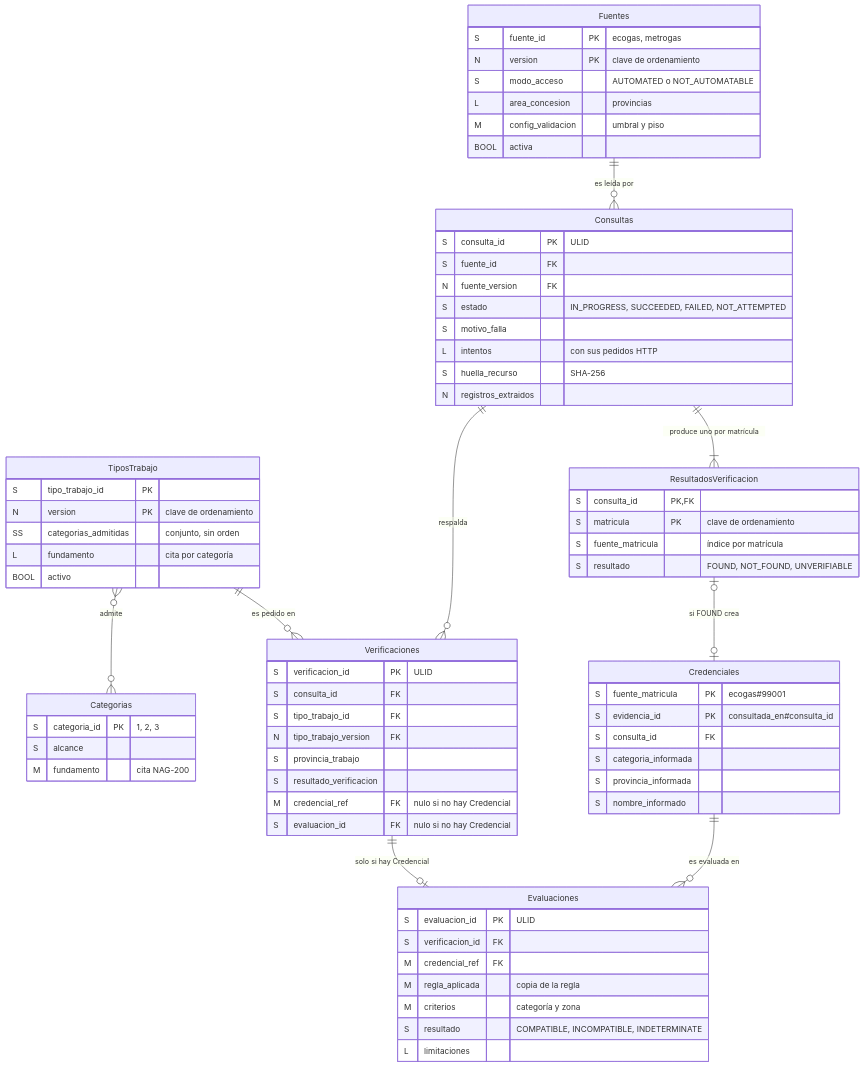
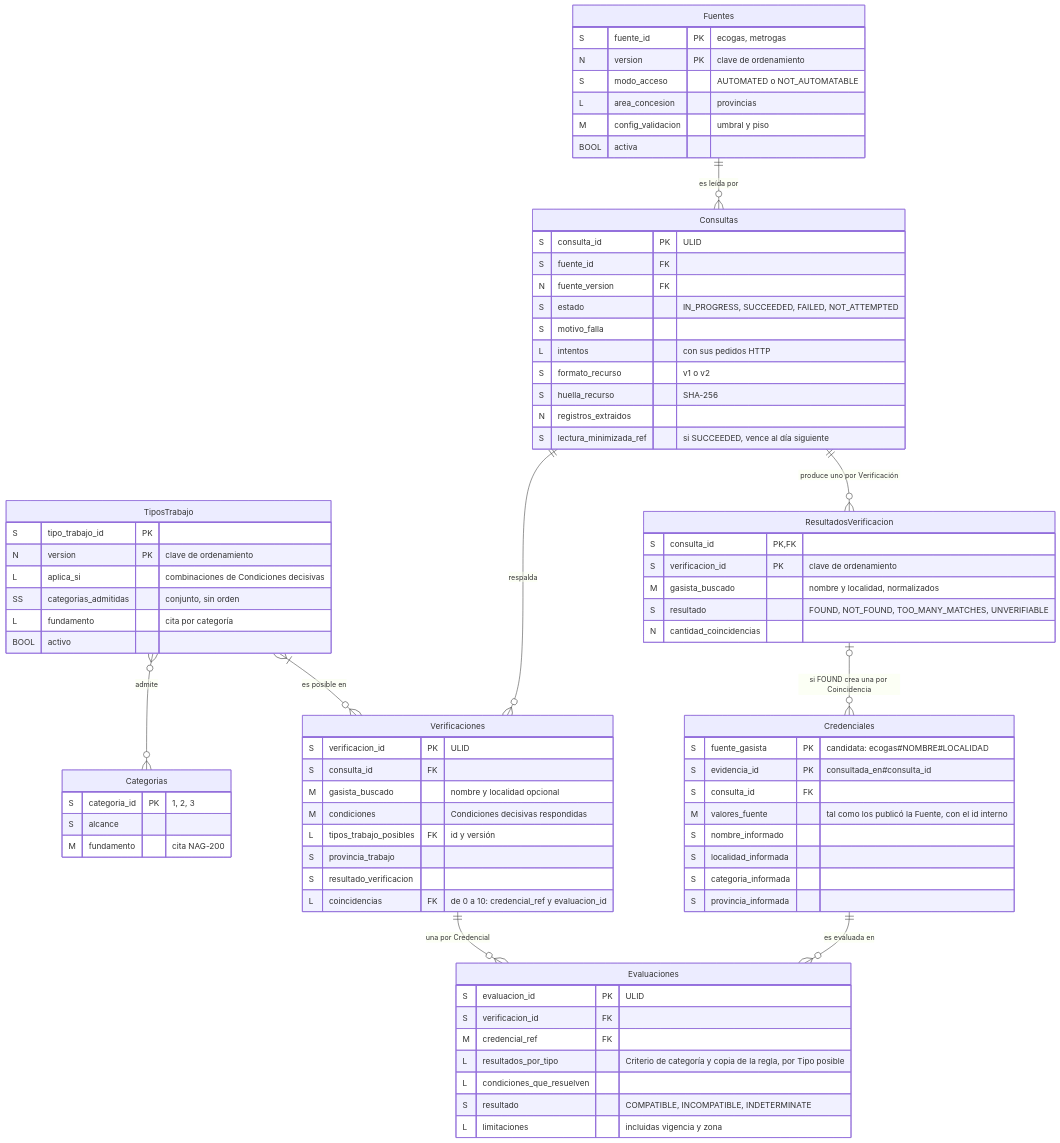
The first of 2 diagrams in database/README.md (IvanDaniliuk01/MatriculAR), drawn with Mermaid before and after one commit. The commit also changed other lines of this file and 62 other files, not shown here.

````diff
--- a/database/README.md
+++ b/database/README.md
@@ -71,75 +73,81 @@
 ```mermaid
 erDiagram
     Fuentes {
         S fuente_id PK "ecogas, metrogas"
         N version PK "clave de ordenamiento"
         S modo_acceso "AUTOMATED o NOT_AUTOMATABLE"
         L area_concesion "provincias"
         M config_validacion "umbral y piso"
         BOOL activa
     }
     Categorias {
         S categoria_id PK "1, 2, 3"
         S alcance
         M fundamento "cita NAG-200"
     }
     TiposTrabajo {
         S tipo_trabajo_id PK
         N version PK "clave de ordenamiento"
+        L aplica_si "combinaciones de Condiciones decisivas"
         SS categorias_admitidas "conjunto, sin orden"
         L fundamento "cita por categoría"
         BOOL activo
     }
     Consultas {
         S consulta_id PK "ULID"
         S fuente_id FK
         N fuente_version FK
         S estado "IN_PROGRESS, SUCCEEDED, FAILED, NOT_ATTEMPTED"
         S motivo_falla
         L intentos "con sus pedidos HTTP"
+        S formato_recurso "v1 o v2"
         S huella_recurso "SHA-256"
         N registros_extraidos
+        S lectura_minimizada_ref "si SUCCEEDED, vence al día siguiente"
     }
     ResultadosVerificacion {
         S consulta_id PK, FK
-        S matricula PK "clave de ordenamiento"
-        S fuente_matricula "índice por matrícula"
-        S resultado "FOUND, NOT_FOUND, UNVERIFIABLE"
+        S verificacion_id PK "clave de ordenamiento"
+        M gasista_buscado "nombre y localidad, normalizados"
+        S resultado "FOUND, NOT_FOUND, TOO_MANY_MATCHES, UNVERIFIABLE"
+        N cantidad_coincidencias
     }
     Credenciales {
-        S fuente_matricula PK "ecogas#99001"
+        S fuente_gasista PK "candidata: ecogas#NOMBRE#LOCALIDAD"
         S evidencia_id PK "consultada_en#consulta_id"
         S consulta_id FK
+        M valores_fuente "tal como los publicó la Fuente, con el id interno"
+        S nombre_informado
+        S localidad_informada
         S categoria_informada
         S provincia_informada
-        S nombre_informado
     }
     Verificaciones {
         S verificacion_id PK "ULID"
         S consulta_id FK
-        S tipo_trabajo_id FK
-        N tipo_trabajo_version FK
+        M gasista_buscado "nombre y localidad opcional"
+        M condiciones "Condiciones decisivas respondidas"
+        L tipos_trabajo_posibles FK "id y versión"
         S provincia_trabajo
         S resultado_verificacion
-        M credencial_ref FK "nulo si no hay Credencial"
-        S evaluacion_id FK "nulo si no hay Credencial"
+        L coincidencias FK "de 0 a 10: credencial_ref y evaluacion_id"
     }
     Evaluaciones {
         S evaluacion_id PK "ULID"
         S verificacion_id FK
         M credencial_ref FK
-        M regla_aplicada "copia de la regla"
-        M criterios "categoría y zona"
+        L resultados_por_tipo "Criterio de categoría y copia de la regla, por Tipo posible"
+        L condiciones_que_resuelven
         S resultado "COMPATIBLE, INCOMPATIBLE, INDETERMINATE"
-        L limitaciones
+        L limitaciones "incluidas vigencia y zona"
     }
 
     Fuentes ||--o{ Consultas : "es leída por"
-    Consultas ||--|{ ResultadosVerificacion : "produce uno por matrícula"
-    ResultadosVerificacion |o--o| Credenciales : "si FOUND crea"
+    Consultas ||--o{ ResultadosVerificacion : "produce uno por Verificación"
+    ResultadosVerificacion |o--o{ Credenciales : "si FOUND crea una por Coincidencia"
     Consultas ||--o{ Verificaciones : "respalda"
-    TiposTrabajo ||--o{ Verificaciones : "es pedido en"
-    Verificaciones ||--o| Evaluaciones : "solo si hay Credencial"
+    TiposTrabajo }|--o{ Verificaciones : "es posible en"
+    Verificaciones ||--o{ Evaluaciones : "una por Credencial"
     Credenciales ||--o{ Evaluaciones : "es evaluada en"
     TiposTrabajo }o--o{ Categorias : "admite"
 ```
````
